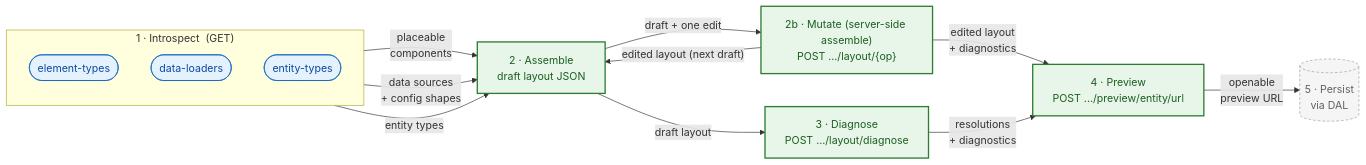
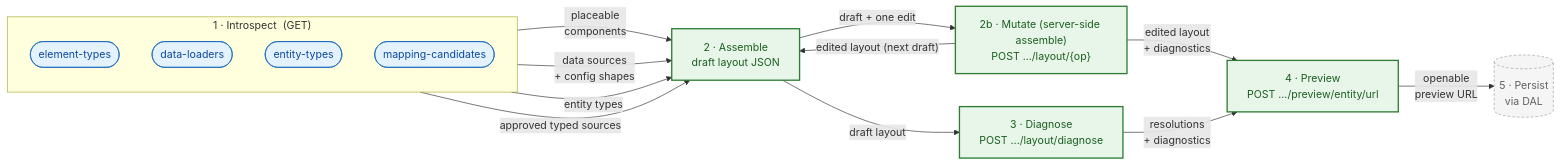
Before and after one commit to shopware/shopware: the diagram in src/Core/Framework/ContentSystem/Api/docs/workflow.md, drawn with Mermaid. The commit also changed other lines of this file and 379 other files, not shown here.

````diff
--- a/src/Core/Framework/ContentSystem/Api/docs/workflow.md
+++ b/src/Core/Framework/ContentSystem/Api/docs/workflow.md
@@ -5,32 +5,34 @@
 ```mermaid
 graph LR
     subgraph INTRO["1 · Introspect &nbsp;(GET)"]
         direction TB
         E1(["element-types"])
         E2(["data-loaders"])
         E3(["entity-types"])
+        E4(["mapping-candidates"])
     end
 
     A["2 · Assemble<br/>draft layout JSON"]
     M["2b · Mutate (server-side assemble)<br/>POST .../layout/{op}"]
     D["3 · Diagnose<br/>POST .../layout/diagnose"]
     P["4 · Preview<br/>POST .../preview/entity/url"]
     R[("5 · Persist<br/>via DAL")]
 
     E1 -- "placeable<br/>components" --> A
     E2 -- "data sources<br/>+ config shapes" --> A
     E3 -- "entity types" --> A
+    E4 -- "approved typed sources" --> A
     A -- "draft layout" --> D
     A -- "draft + one edit" --> M
     M -- "edited layout (next draft)" --> A
     M -- "edited layout<br/>+ diagnostics" --> P
     D -- "resolutions<br/>+ diagnostics" --> P
     P -- "openable<br/>preview URL" --> R
 
     classDef api fill:#e3f2fd,stroke:#1565c0,stroke-width:1px,color:#0d47a1
     classDef step fill:#e8f5e9,stroke:#2e7d32,stroke-width:2px,color:#1b5e20
     classDef oos fill:#f5f5f5,stroke:#9e9e9e,stroke-width:1px,stroke-dasharray:4 3,color:#616161
-    class E1,E2,E3 api
+    class E1,E2,E3,E4 api
     class A,M,D,P step
     class R oos
 ```
````
